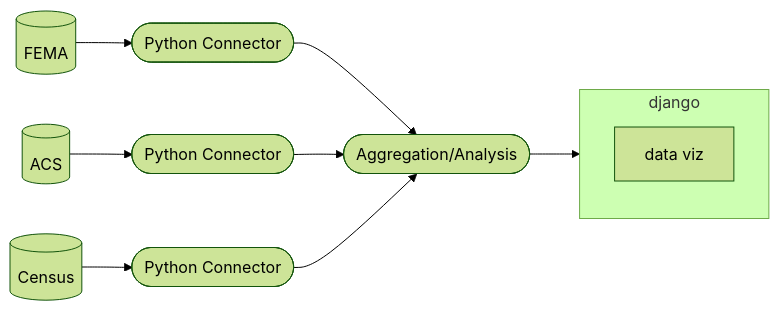
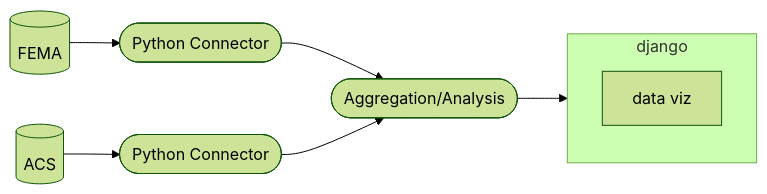
The diagram in README.md (uchicago-CAPP30122-win-2022/proj-lamonty-python), drawn with Mermaid (forest theme) before and after one commit.

Commit message:
remove second census data source and py connector

````diff
--- a/README.md
+++ b/README.md
@@ -15,18 +15,16 @@
 ```mermaid
 flowchart LR
 db1[(FEMA)] --> py1([Python Connector])
 db2[(ACS)] --> py2([Python Connector])
-db3[(Census)] --> py3([Python Connector])
 
 py1 --> ag([Aggregation/Analysis])
 py2 --> ag([Aggregation/Analysis])
-py3 --> ag([Aggregation/Analysis])
 
 subgraph django
   vz[data viz]
 end
 
 ag --> django
 
 
 ```
````
